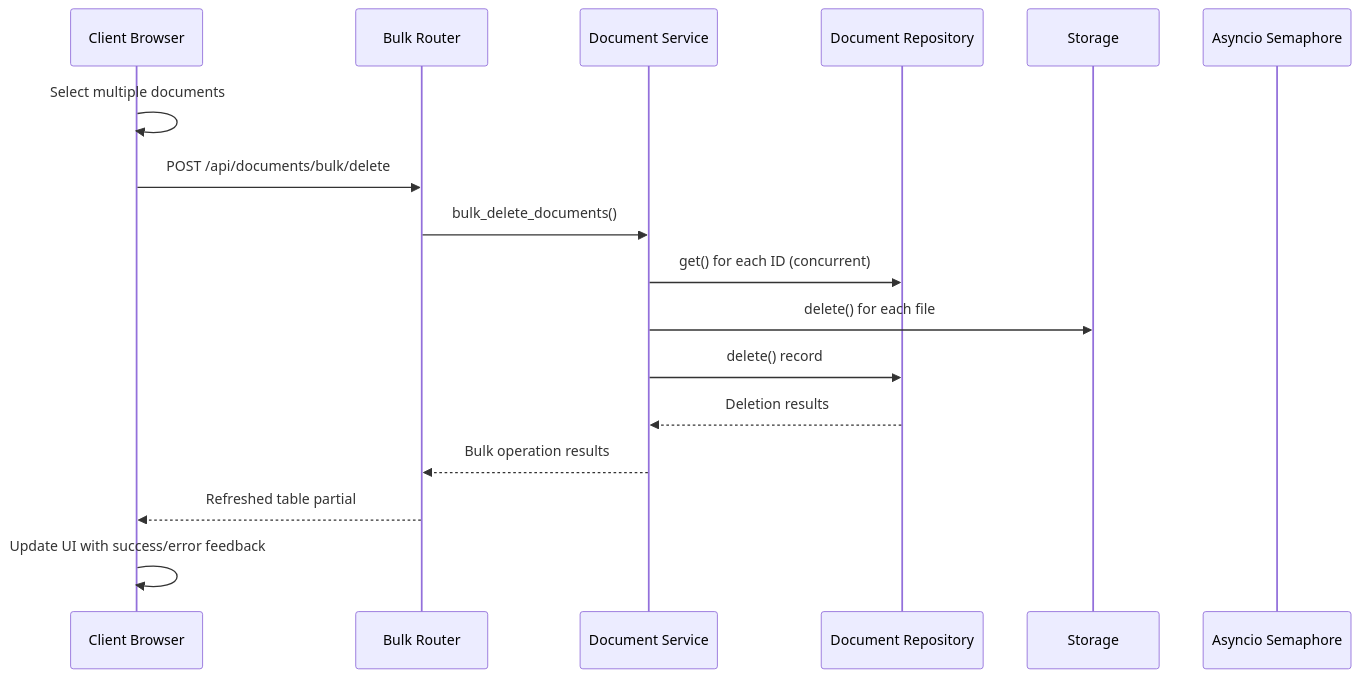
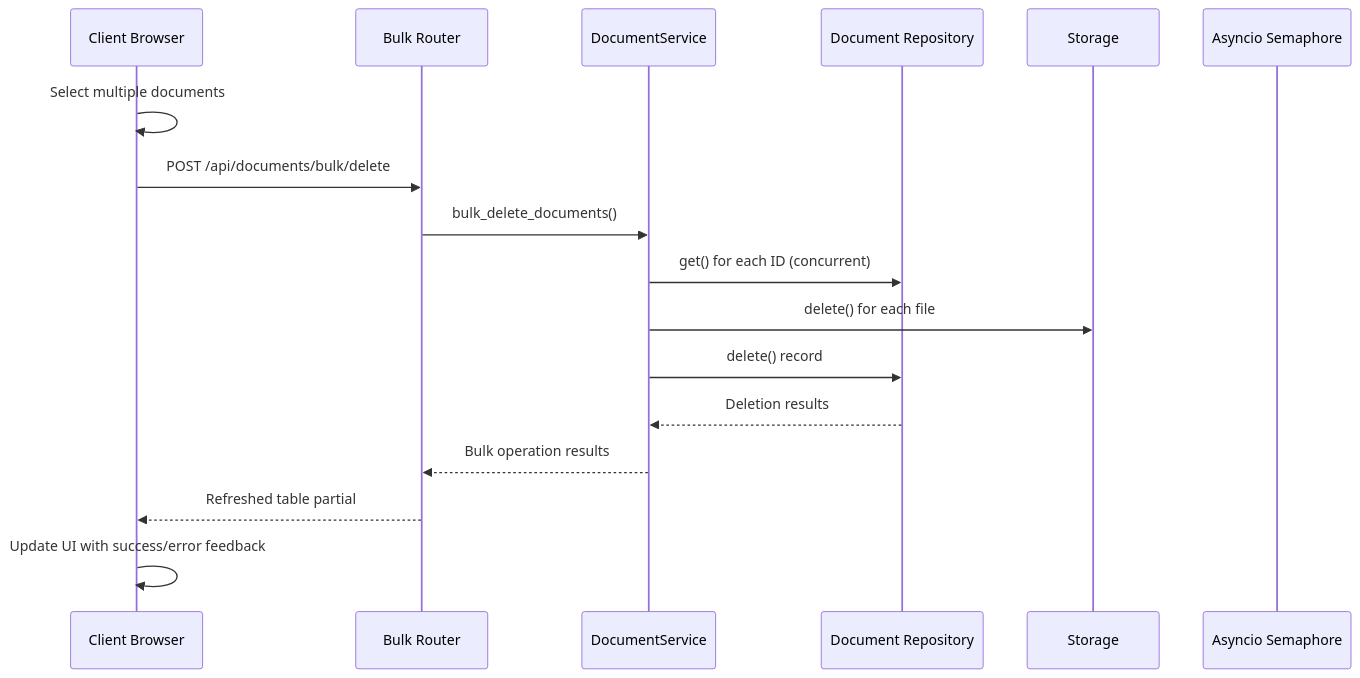
Before and after one commit to ognelis/cafetera_hr_bot: diagram 13 of 25 in .qoder/repowiki/en/content/Document Management System.md, drawn with Mermaid. The commit also changed other lines of this file and 51 other files, not shown here.

````diff
--- a/.qoder/repowiki/en/content/Document Management System.md
+++ b/.qoder/repowiki/en/content/Document Management System.md
@@ -1686,19 +1585,19 @@
 ```mermaid
 sequenceDiagram
 participant Client as Client Browser
 participant BulkRouter as Bulk Router
-participant Service as Document Service
+participant Service as DocumentService
 participant Repo as Document Repository
 participant S3 as Storage
 participant Semaphore as Asyncio Semaphore
 Client->>Client : Select multiple documents
 Client->>BulkRouter : POST /api/documents/bulk/delete
 BulkRouter->>Service : bulk_delete_documents()
 Service->>Repo : get() for each ID (concurrent)
 Service->>S3 : delete() for each file
 Service->>Repo : delete() record
 Repo-->>Service : Deletion results
 Service-->>BulkRouter : Bulk operation results
 BulkRouter-->>Client : Refreshed table partial
 Client->>Client : Update UI with success/error feedback
 ```
````
